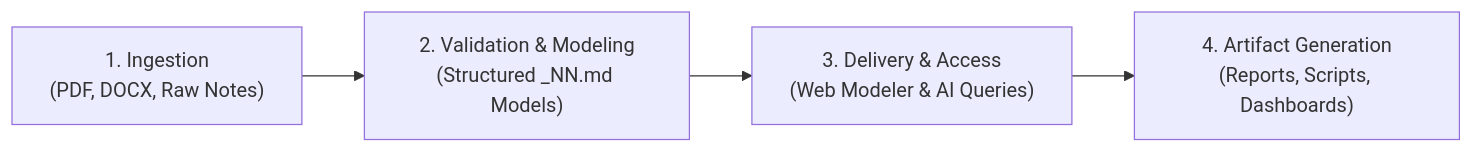
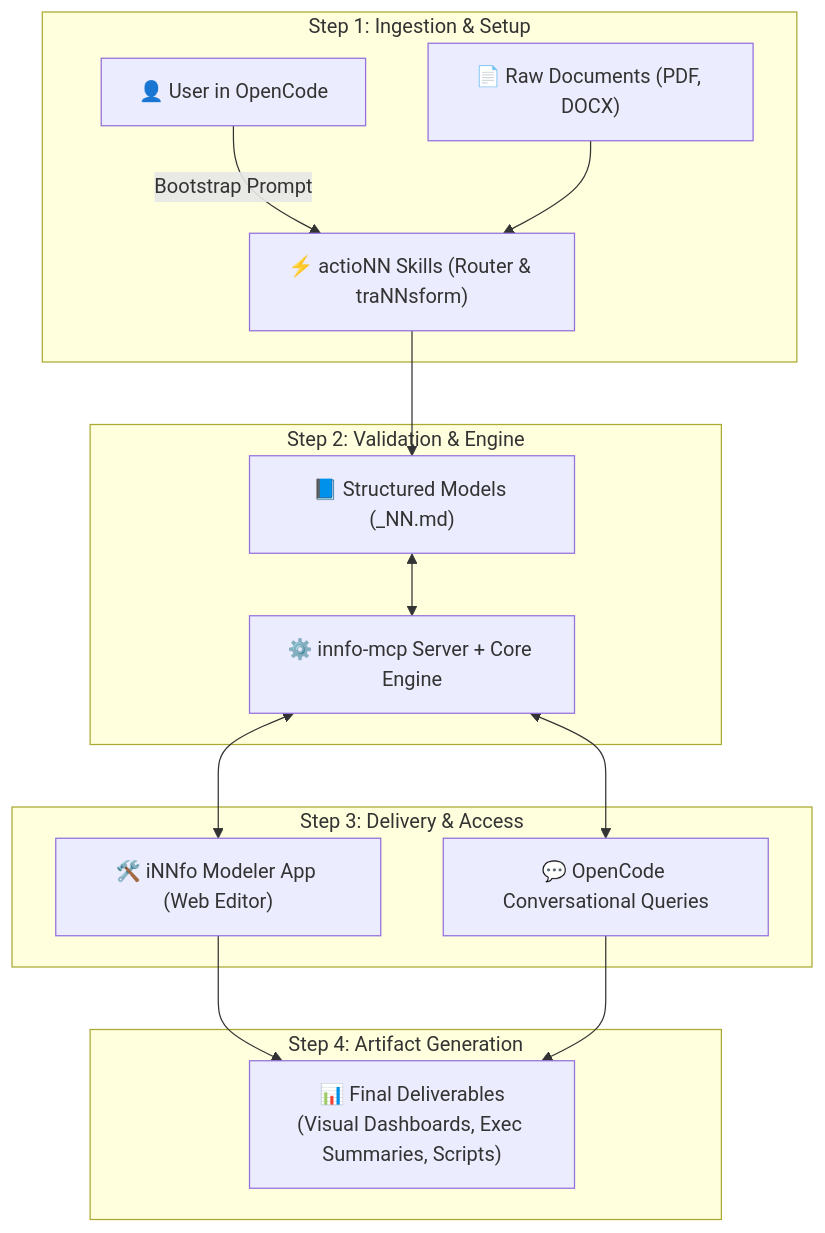
The diagram in docs/index.md (cogNNitive/eNNvironment), drawn with Mermaid before and after one commit. The commit also changed other lines of this file and 1 other file, not shown here.

Commit message:
docs: implement option 20 master vertical diagram

````diff
--- a/docs/index.md
+++ b/docs/index.md
@@ -49,6 +28,21 @@
 ```mermaid
-flowchart LR
-    S1["1. Ingestion\n(PDF, DOCX, Raw Notes)"] --> S2["2. Validation & Modeling\n(Structured _NN.md Models)"]
-    S2 --> S3["3. Delivery & Access\n(Web Modeler & AI Queries)"]
-    S3 --> S4["4. Artifact Generation\n(Reports, Scripts, Dashboards)"]
+flowchart TD
+    subgraph Step1["Step 1: Ingestion & Setup"]
+        U["👤 User in OpenCode"] -->|Bootstrap Prompt| Router["⚡ actioNN Skills (Router & traNNsform)"]
+        RawDocs["📄 Raw Documents (PDF, DOCX)"] --> Router
+    end
+
+    subgraph Step2["Step 2: Validation & Engine"]
+        Router --> Models["📘 Structured Models (_NN.md)"]
+        Models <--> MCP["⚙️ innfo-mcp Server + Core Engine"]
+    end
+
+    subgraph Step3["Step 3: Delivery & Access"]
+        MCP <--> Modeler["🛠️ iNNfo Modeler App (Web Editor)"]
+        MCP <--> AgentChat["💬 OpenCode Conversational Queries"]
+    end
+
+    subgraph Step4["Step 4: Artifact Generation"]
+        Modeler & AgentChat --> Artifacts["📊 Final Deliverables\n(Visual Dashboards, Exec Summaries, Scripts)"]
+    end
 ```
````
